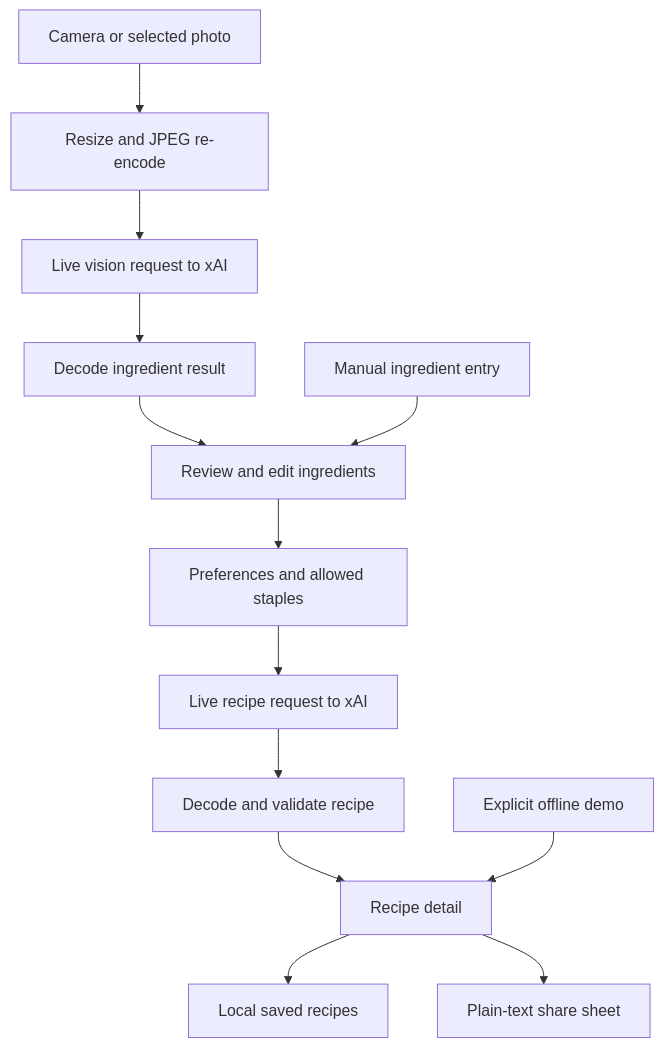
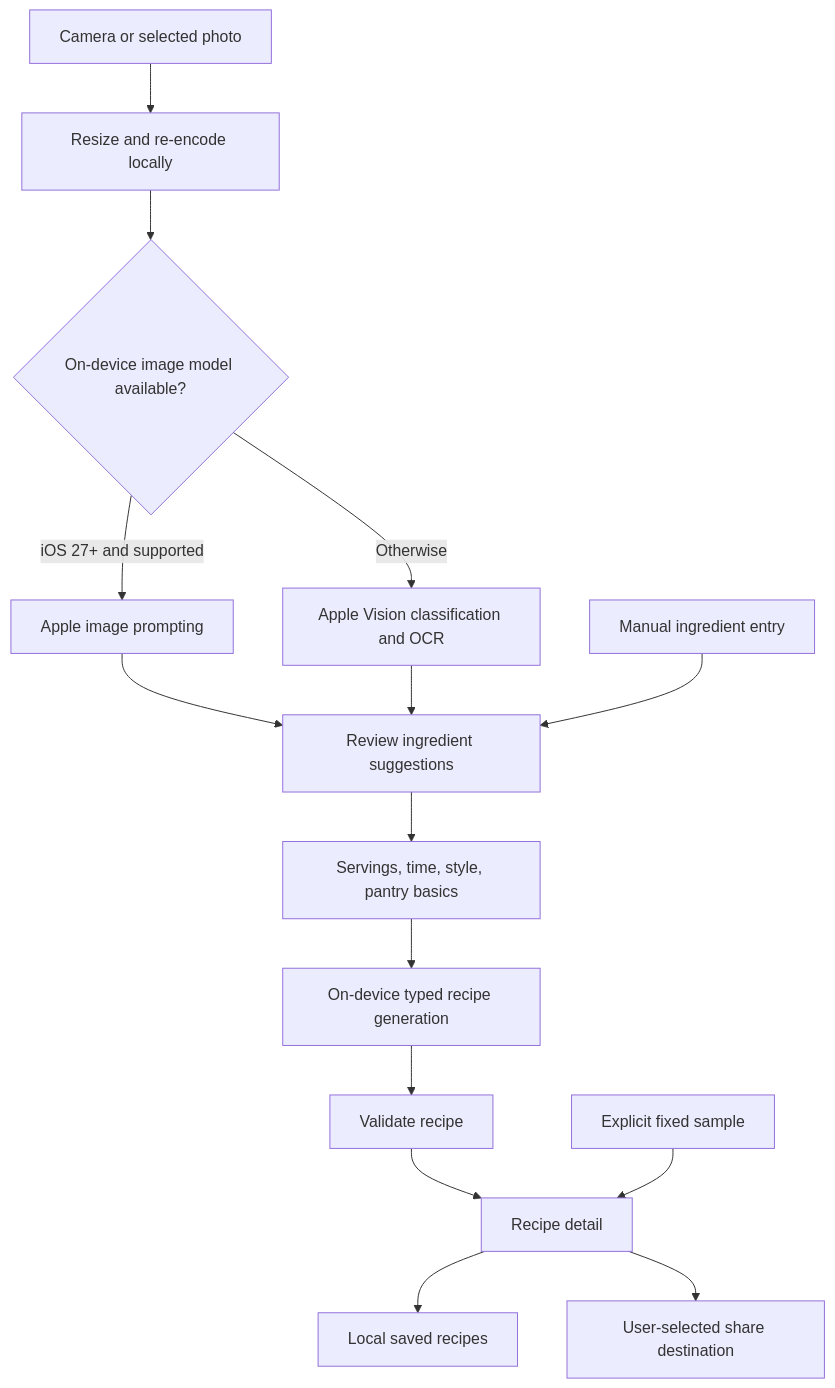
One commit to LoganVoss/brilliant-recipez changed the diagram in docs/ARCHITECTURE.md. Above: the diagram before and after it, drawn with Mermaid. The commit also changed other lines of this file and 40 other files, not shown here.

Commit message:
Move recipes on device and refine Brilliant Recipez design

````diff
--- a/docs/ARCHITECTURE.md
+++ b/docs/ARCHITECTURE.md
@@ -18,15 +19,17 @@
 ```mermaid
 flowchart TD
-    A[Camera or selected photo] --> B[Resize and JPEG re-encode]
-    B --> C[Live vision request to xAI]
-    C --> D[Decode ingredient result]
-    D --> E[Review and edit ingredients]
-    F[Manual ingredient entry] --> E
-    E --> G[Preferences and allowed staples]
-    G --> H[Live recipe request to xAI]
-    H --> I[Decode and validate recipe]
-    I --> J[Recipe detail]
-    K[Explicit offline demo] --> J
-    J --> L[Local saved recipes]
-    J --> M[Plain-text share sheet]
+    A[Camera or selected photo] --> B[Resize and re-encode locally]
+    B --> C{On-device image model available?}
+    C -->|iOS 27+ and supported| D[Apple image prompting]
+    C -->|Otherwise| E[Apple Vision classification and OCR]
+    D --> F[Review ingredient suggestions]
+    E --> F
+    G[Manual ingredient entry] --> F
+    F --> H[Servings, time, style, pantry basics]
+    H --> I[On-device typed recipe generation]
+    I --> J[Validate recipe]
+    J --> K[Recipe detail]
+    L[Explicit fixed sample] --> K
+    K --> M[Local saved recipes]
+    K --> N[User-selected share destination]
 ```
````
